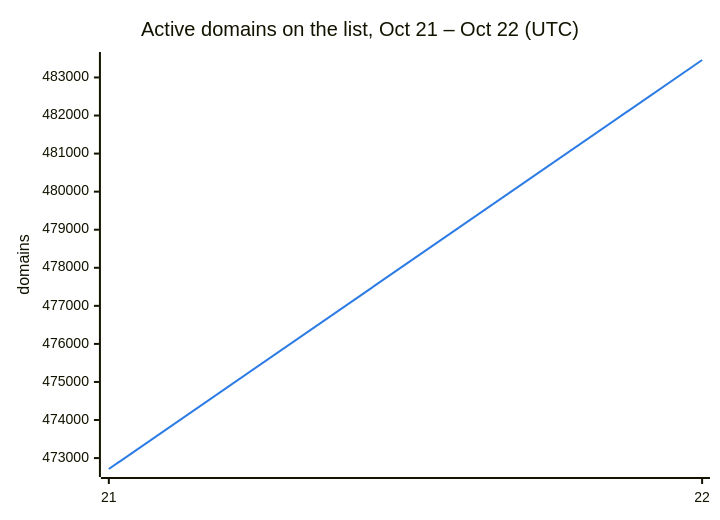
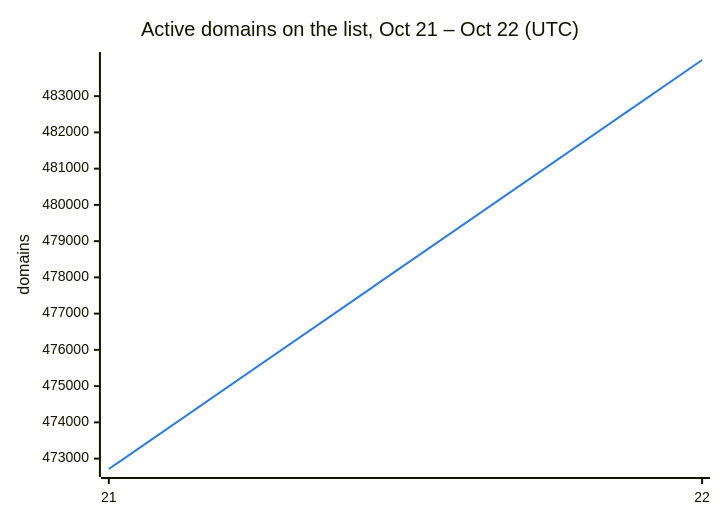
One commit to DNSBunker/CTI changed the second of 3 diagrams in README.md. Above: the diagram before and after it, drawn with Mermaid. The commit also changed other lines of this file and 3 other files, not shown here.

````diff
--- a/README.md
+++ b/README.md
@@ -38,8 +38,8 @@
 ```mermaid
 %%{init: {"themeVariables": {"xyChart": {"plotColorPalette": "#2c7be5"}}}}%%
 xychart-beta
     title "Active domains on the list, Oct 21 – Oct 22 (UTC)"
     x-axis ["21", "22"]
     y-axis "domains"
-    line [472713, 483459]
+    line [472713, 483998]
 ```
````
